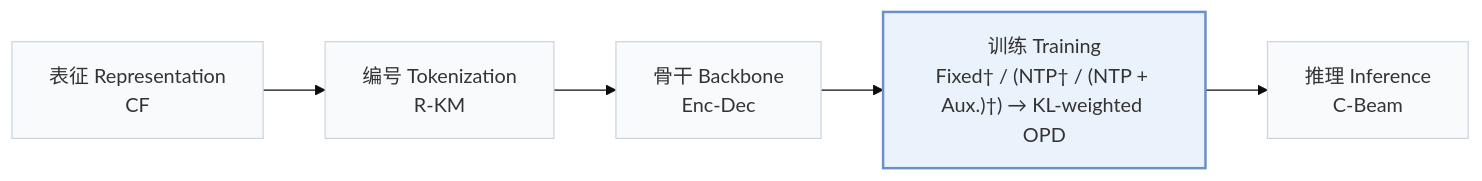
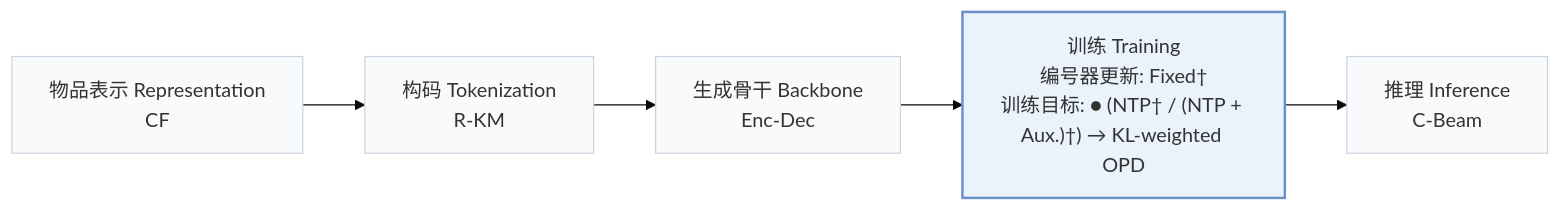
Before and after one commit to Galaxy-ghost/Awesome-SID-Generative-Rec: the first of 2 diagrams in pages/zh/papers/kl-mopd.md, drawn with Mermaid (base theme). The commit also changed other lines of this file and 558 other files, not shown here.

````diff
--- a/pages/zh/papers/kl-mopd.md
+++ b/pages/zh/papers/kl-mopd.md
@@ -15,8 +18,8 @@
 ```mermaid
 flowchart LR
-    R["表征 Representation<br/>CF"] --> T["编号 Tokenization<br/>R-KM"] --> B["骨干 Backbone<br/>Enc-Dec"] --> TR["训练 Training<br/>Fixed† / (NTP† / (NTP + Aux.)†) → KL-weighted OPD"] --> I["推理 Inference<br/>C-Beam"]
+    R["物品表示 Representation<br/>CF"] --> T["构码 Tokenization<br/>R-KM"] --> B["生成骨干 Backbone<br/>Enc-Dec"] --> TR["训练 Training<br/>编号器更新: Fixed†<br/>训练目标: ● (NTP† / (NTP + Aux.)†) → KL-weighted OPD"] --> I["推理 Inference<br/>C-Beam"]
     classDef base fill:#f8fafc,stroke:#cbd5e1
     class R,T,B,TR,I base
     classDef main fill:#eaf2fb,stroke:#6b8fc7,stroke-width:2px
     class TR main
 ```
````
